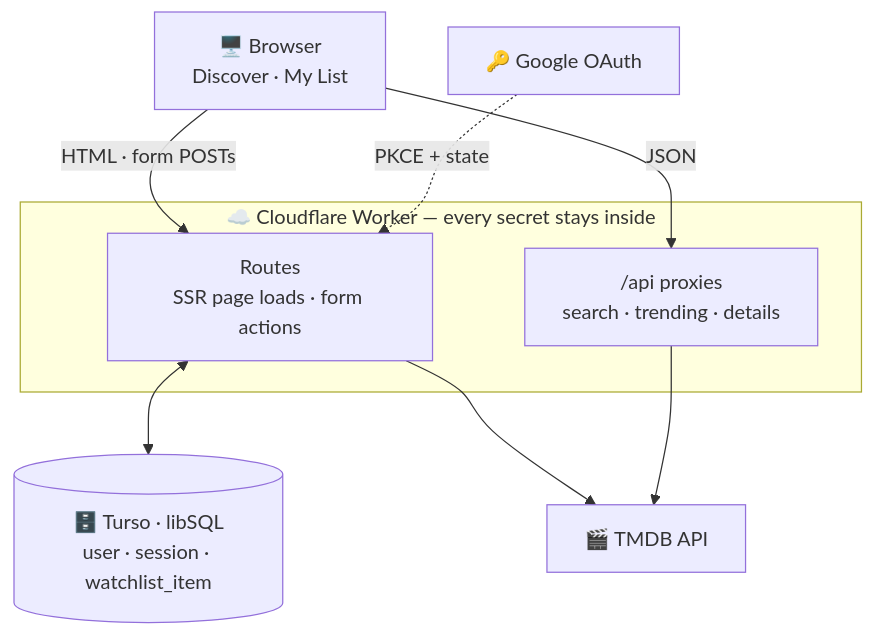
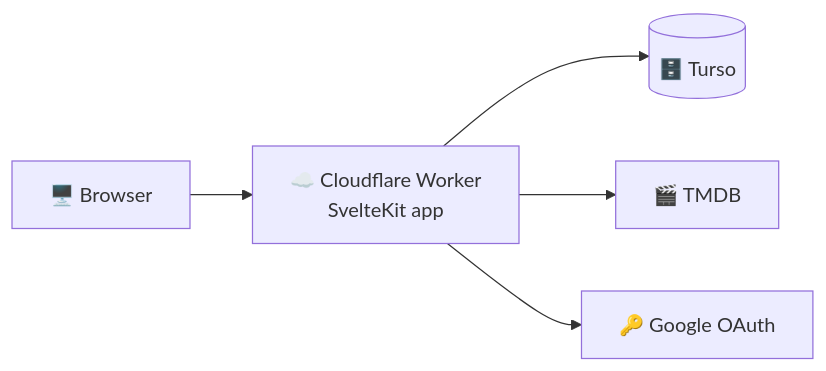
Before and after one commit to Isma-L154/WatchLater: the diagram in README.md, drawn with Mermaid. The commit also changed other lines of this file, not shown here.

First line of the commit message:
docs: cut the README down, and simplify the diagram to one readable pass

````diff
--- a/README.md
+++ b/README.md
@@ -120,20 +21,7 @@
 ```mermaid
-flowchart TB
-    B["🖥️ Browser<br/>Discover · My List"]
-    G["🔑 Google OAuth"]
-
-    subgraph CF ["☁️ Cloudflare Worker — every secret stays inside"]
-        R["Routes<br/>SSR page loads · form actions"]
-        P["/api proxies<br/>search · trending · details"]
-    end
-
-    D[("🗄️ Turso · libSQL<br/>user · session · watchlist_item")]
-    T["🎬 TMDB API"]
-
-    B -->|"HTML · form POSTs"| R
-    B -->|"JSON"| P
-    G -.->|"PKCE + state"| R
-    R <--> D
-    R --> T
-    P --> T
+flowchart LR
+    B["🖥️ Browser"] --> W["☁️ Cloudflare Worker<br/>SvelteKit app"]
+    W --> D[("🗄️ Turso")]
+    W --> T["🎬 TMDB"]
+    W --> G["🔑 Google OAuth"]
 ```
````
